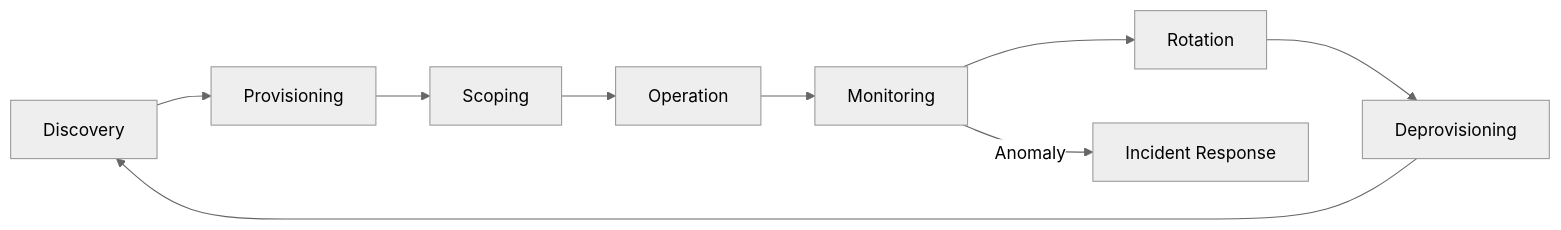
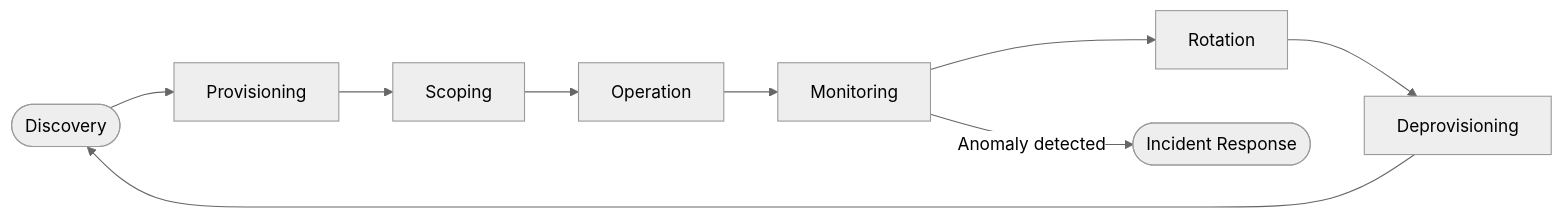
Before and after one commit to CyberdaemonAI/cyberdaemon-site: the second of 3 diagrams in src/content/research/nhi-agentic.mdx, drawn with Mermaid (neutral theme). The commit also changed other lines of this file and 23 other files, not shown here.

First line of the commit message:
style(diagrams): retrofit all mermaid diagrams to flowchart syntax site-wide

````diff
--- a/src/content/research/nhi-agentic.mdx
+++ b/src/content/research/nhi-agentic.mdx
@@ -158,11 +159,11 @@
 ```mermaid
-graph LR
-    A[Discovery] --> B[Provisioning]
+flowchart LR
+    A([Discovery]) --> B[Provisioning]
     B --> C[Scoping]
     C --> D[Operation]
     D --> E[Monitoring]
     E --> F[Rotation]
     F --> G[Deprovisioning]
     G --> A
-    E -->|Anomaly| H[Incident Response]
+    E -->|"Anomaly detected"| H([Incident Response])
 ```
````
